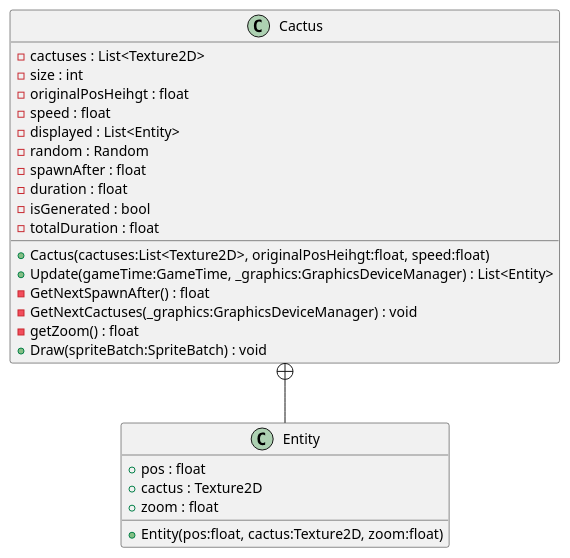
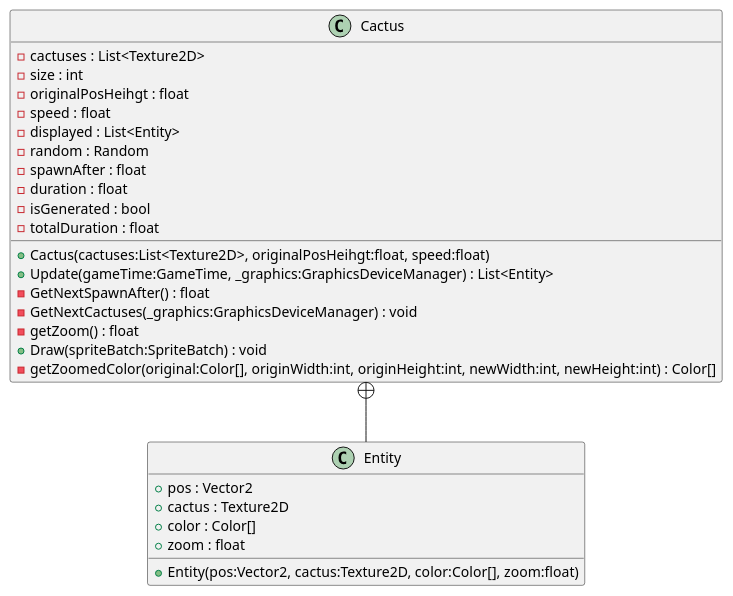
Before and after one commit to Famich1ki/T-rax-game: the diagram in UML/Cactus.puml, drawn with PlantUML. The commit also changed 38 other files, not shown here.

```diff
--- a/UML/Cactus.puml
+++ b/UML/Cactus.puml
@@ -1,27 +1,29 @@
 @startuml
 class Cactus {
     - cactuses : List<Texture2D>
     - size : int
     - originalPosHeihgt : float
     - speed : float
     - displayed : List<Entity>
     - random : Random
     - spawnAfter : float
     - duration : float
     - isGenerated : bool
     - totalDuration : float
     + Cactus(cactuses:List<Texture2D>, originalPosHeihgt:float, speed:float)
     + Update(gameTime:GameTime, _graphics:GraphicsDeviceManager) : List<Entity>
     - GetNextSpawnAfter() : float
     - GetNextCactuses(_graphics:GraphicsDeviceManager) : void
     - getZoom() : float
     + Draw(spriteBatch:SpriteBatch) : void
+    - getZoomedColor(original:Color[], originWidth:int, originHeight:int, newWidth:int, newHeight:int) : Color[]
 }
 class Entity {
-    + pos : float
+    + pos : Vector2
     + cactus : Texture2D
+    + color : Color[]
     + zoom : float
-    + Entity(pos:float, cactus:Texture2D, zoom:float)
+    + Entity(pos:Vector2, cactus:Texture2D, color:Color[], zoom:float)
 }
 Cactus +-- Entity
 @enduml
```
